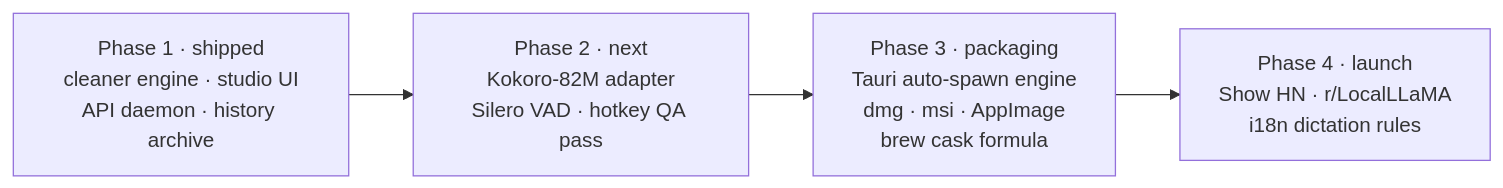
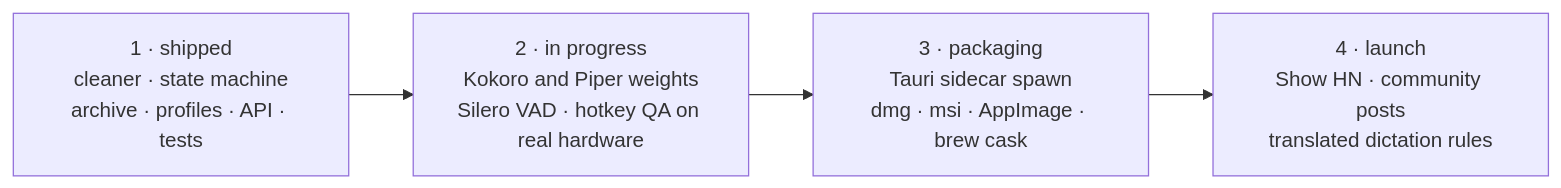
One commit to yashjaiswal2818/openflow changed the second of 2 diagrams in README.md. Above: the diagram before and after it, drawn with Mermaid. The commit also changed other lines of this file and 21 other files, not shown here.

````diff
--- a/README.md
+++ b/README.md
@@ -294,6 +229,6 @@
 ```mermaid
 flowchart LR
-    P1["Phase 1 · shipped<br/>cleaner engine · studio UI<br/>API daemon · history archive"] --> P2["Phase 2 · next<br/>Kokoro-82M adapter<br/>Silero VAD · hotkey QA pass"]
-    P2 --> P3["Phase 3 · packaging<br/>Tauri auto-spawn engine<br/>dmg · msi · AppImage<br/>brew cask formula"]
-    P3 --> P4["Phase 4 · launch<br/>Show HN · r/LocalLLaMA<br/>i18n dictation rules"]
+    P1["1 · shipped<br/>cleaner · state machine<br/>archive · profiles · API · tests"] --> P2["2 · in progress<br/>Kokoro and Piper weights<br/>Silero VAD · hotkey QA on real hardware"]
+    P2 --> P3["3 · packaging<br/>Tauri sidecar spawn<br/>dmg · msi · AppImage · brew cask"]
+    P3 --> P4["4 · launch<br/>Show HN · community posts<br/>translated dictation rules"]
 ```
````
